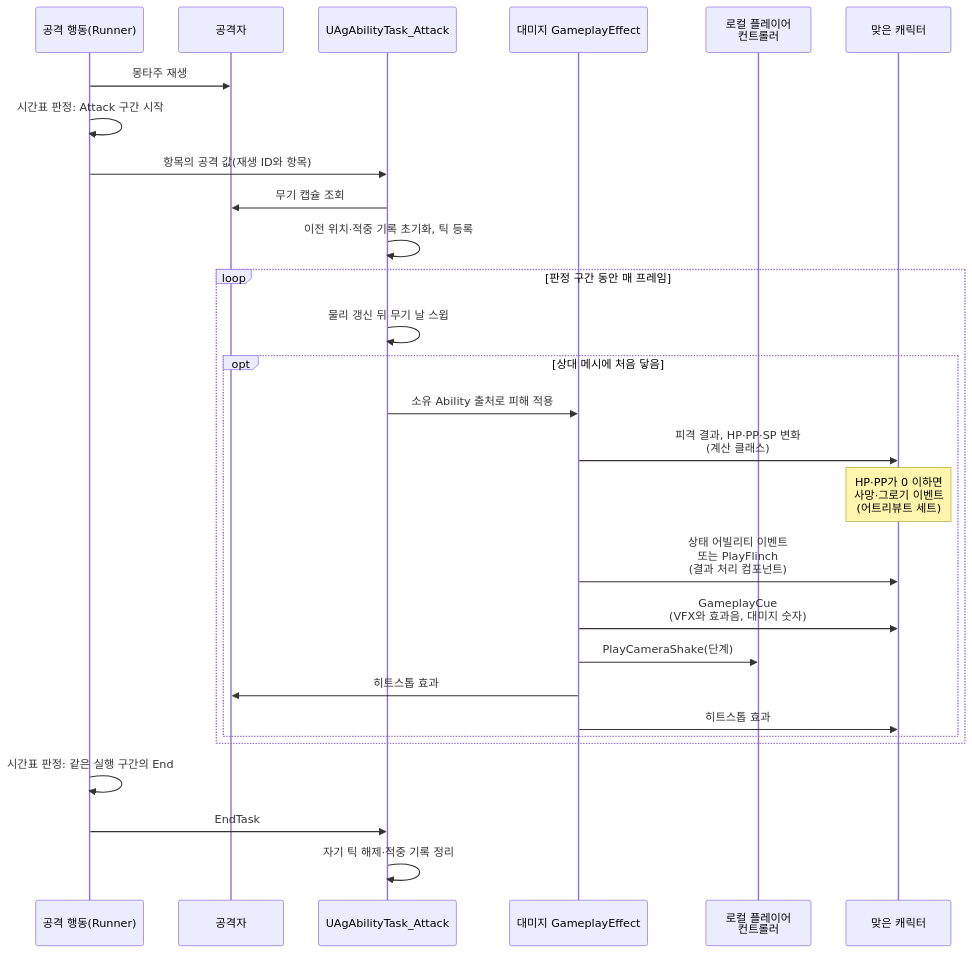
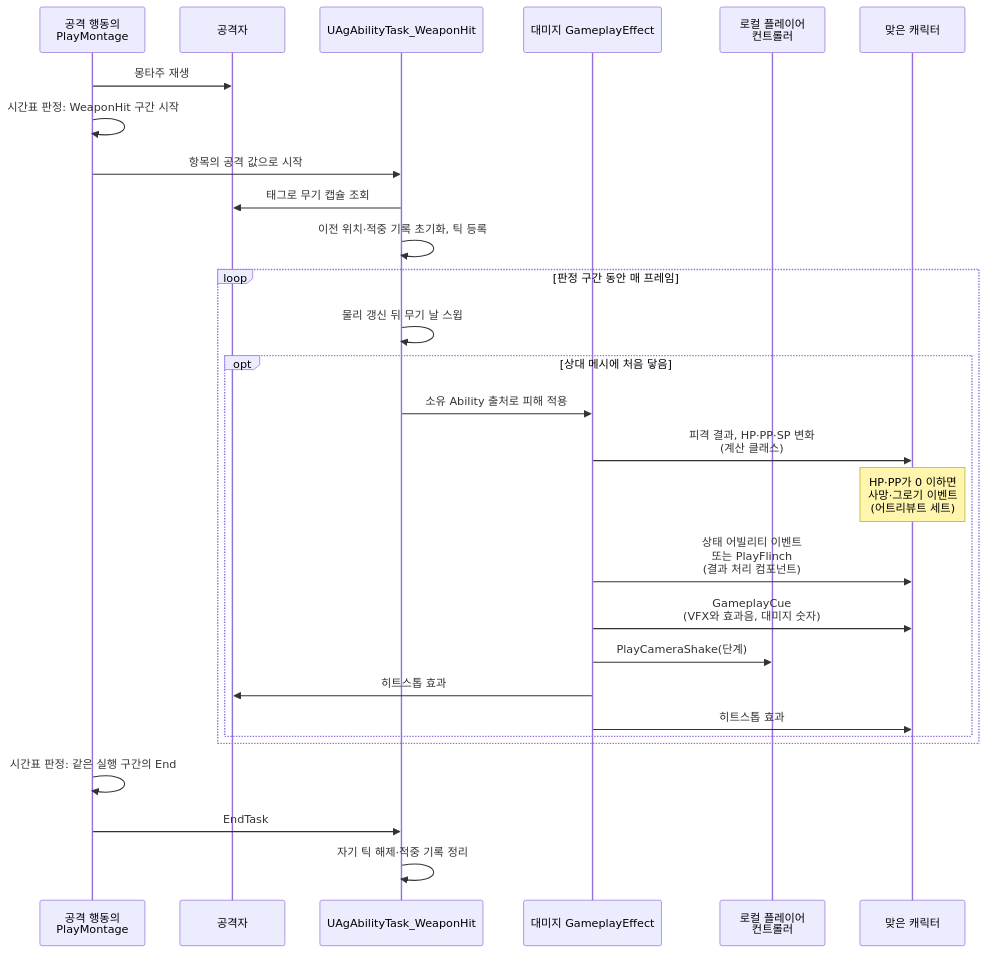
The third of 3 diagrams in Docs/Program/대미지와 피격 처리.md (Woogl/Ag), drawn with Mermaid before and after one commit. The commit also changed other lines of this file and 146 other files, not shown here.

````diff
--- a/Docs/Program/대미지와 피격 처리.md
+++ b/Docs/Program/대미지와 피격 처리.md
@@ -74,30 +75,30 @@
 ```mermaid
 sequenceDiagram
-    participant GA as 공격 행동(Runner)
+    participant GA as 공격 행동의<br>PlayMontage
     participant A as 공격자
-    participant AT as UAgAbilityTask_Attack
+    participant AT as UAgAbilityTask_WeaponHit
     participant G as 대미지 GameplayEffect
     participant P as 로컬 플레이어<br>컨트롤러
     participant T as 맞은 캐릭터
     GA->>A: 몽타주 재생
-    GA->>GA: 시간표 판정: Attack 구간 시작
-    GA->>AT: 항목의 공격 값(재생 ID와 항목)
-    AT->>A: 무기 캡슐 조회
+    GA->>GA: 시간표 판정: WeaponHit 구간 시작
+    GA->>AT: 항목의 공격 값으로 시작
+    AT->>A: 태그로 무기 캡슐 조회
     AT->>AT: 이전 위치·적중 기록 초기화, 틱 등록
     loop 판정 구간 동안 매 프레임
         AT->>AT: 물리 갱신 뒤 무기 날 스윕
         opt 상대 메시에 처음 닿음
             AT->>G: 소유 Ability 출처로 피해 적용
             G->>T: 피격 결과, HP·PP·SP 변화<br>(계산 클래스)
             Note over T: HP·PP가 0 이하면<br>사망·그로기 이벤트<br>(어트리뷰트 세트)
             G->>T: 상태 어빌리티 이벤트<br>또는 PlayFlinch<br>(결과 처리 컴포넌트)
             G->>T: GameplayCue<br>(VFX와 효과음, 대미지 숫자)
             G->>P: PlayCameraShake(단계)
             G->>A: 히트스톱 효과
             G->>T: 히트스톱 효과
         end
     end
     GA->>GA: 시간표 판정: 같은 실행 구간의 End
     GA->>AT: EndTask
     AT->>AT: 자기 틱 해제·적중 기록 정리
 ```
````
